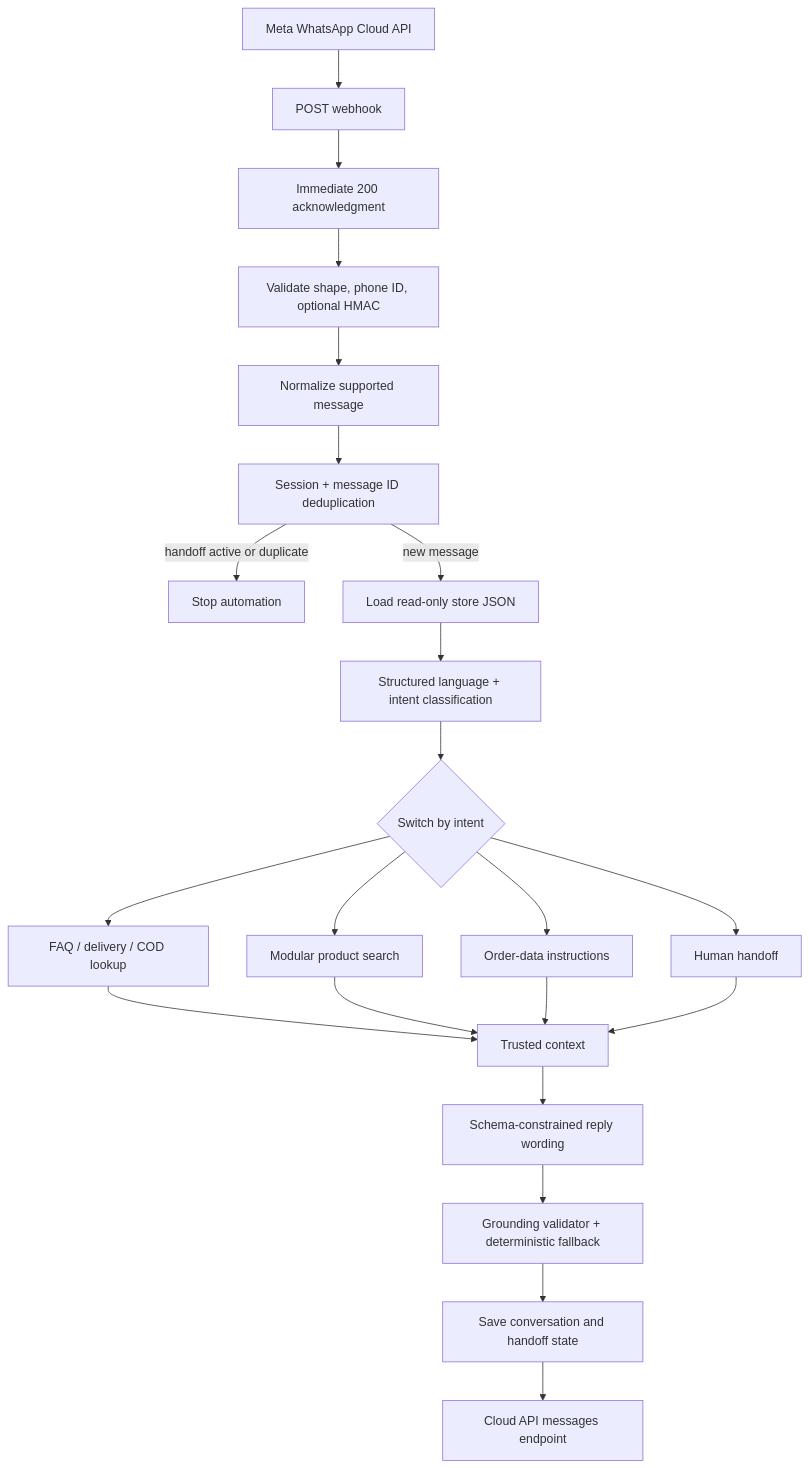
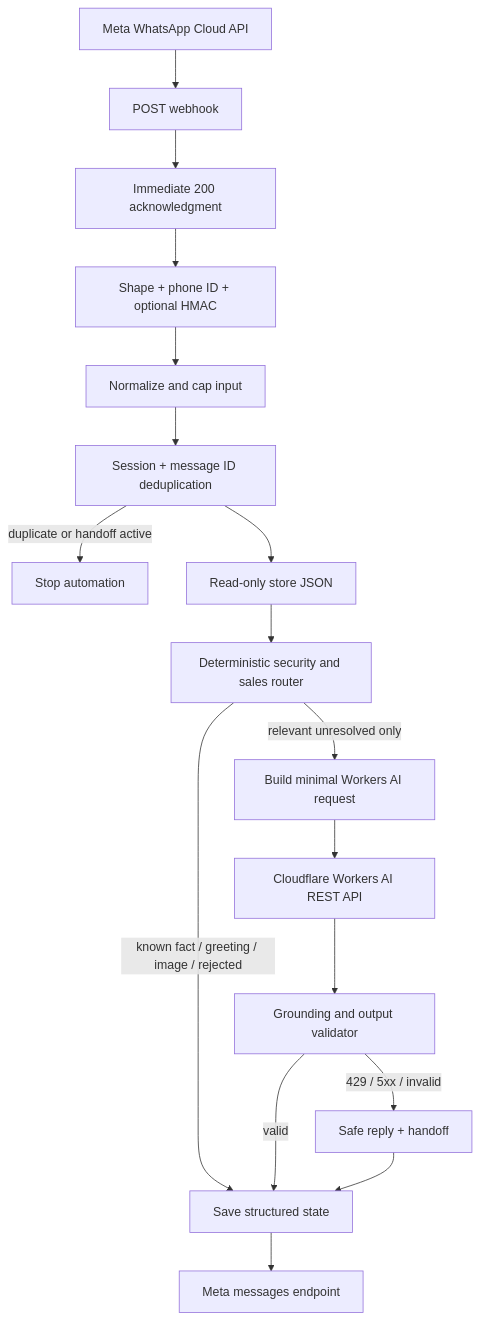
Before and after one commit to aarafat-dev/maro-bot: the diagram in docs/architecture.md, drawn with Mermaid. The commit also changed other lines of this file and 16 other files, not shown here.

````diff
--- a/docs/architecture.md
+++ b/docs/architecture.md
@@ -5,24 +5,19 @@
 ```mermaid
 flowchart TD
     WA[Meta WhatsApp Cloud API] --> W[POST webhook]
-    W --> A[Immediate 200 acknowledgment]
-    A --> V[Validate shape, phone ID, optional HMAC]
-    V --> N[Normalize supported message]
+    W --> ACK[Immediate 200 acknowledgment]
+    ACK --> V[Shape + phone ID + optional HMAC]
+    V --> N[Normalize and cap input]
     N --> D[Session + message ID deduplication]
-    D -->|handoff active or duplicate| STOP[Stop automation]
-    D -->|new message| DATA[Load read-only store JSON]
-    DATA --> C[Structured language + intent classification]
-    C --> S{Switch by intent}
-    S --> FAQ[FAQ / delivery / COD lookup]
-    S --> P[Modular product search]
-    S --> O[Order-data instructions]
-    S --> H[Human handoff]
-    FAQ --> CONTEXT[Trusted context]
-    P --> CONTEXT
-    O --> CONTEXT
-    H --> CONTEXT
-    CONTEXT --> AI[Schema-constrained reply wording]
-    AI --> GUARD[Grounding validator + deterministic fallback]
-    GUARD --> MEMORY[Save conversation and handoff state]
-    MEMORY --> SEND[Cloud API messages endpoint]
+    D -->|duplicate or handoff active| STOP[Stop automation]
+    D --> DATA[Read-only store JSON]
+    DATA --> R[Deterministic security and sales router]
+    R -->|known fact / greeting / image / rejected| SAVE[Save structured state]
+    R -->|relevant unresolved only| B[Build minimal Workers AI request]
+    B --> CF[Cloudflare Workers AI REST API]
+    CF --> G[Grounding and output validator]
+    G -->|valid| SAVE
+    G -->|429 / 5xx / invalid| H[Safe reply + handoff]
+    H --> SAVE
+    SAVE --> SEND[Meta messages endpoint]
 ```
````
